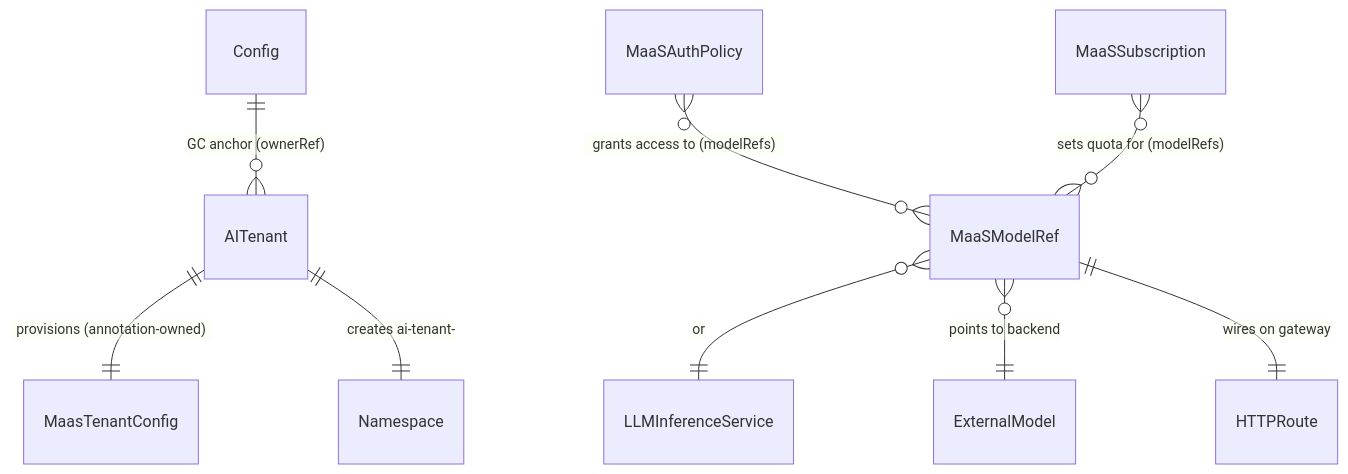
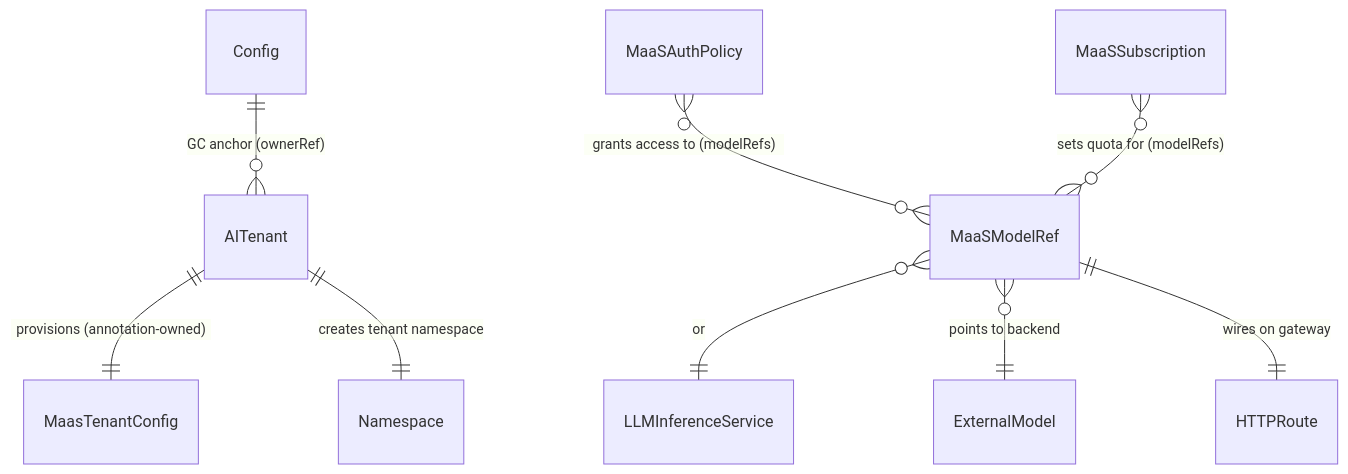
One commit to chaitanya1731/guides changed the fifth of 12 diagrams in models-as-a-service/README.md. Above: the diagram before and after it, drawn with Mermaid. The commit also changed other lines of this file and 7 other files, not shown here.

First line of the commit message:
ci: auto-build to gh-pages, light theme, fix mermaid diagrams

````diff
--- a/models-as-a-service/README.md
+++ b/models-as-a-service/README.md
@@ -348,11 +348,11 @@
 ```mermaid
 erDiagram
     Config ||--o{ AITenant : "GC anchor (ownerRef)"
     AITenant ||--|| MaasTenantConfig : "provisions (annotation-owned)"
-    AITenant ||--|| Namespace : "creates ai-tenant-<name>"
+    AITenant ||--|| Namespace : "creates tenant namespace"
     MaaSModelRef }o--|| LLMInferenceService : "or"
     MaaSModelRef }o--|| ExternalModel : "points to backend"
     MaaSAuthPolicy }o--o{ MaaSModelRef : "grants access to (modelRefs)"
     MaaSSubscription }o--o{ MaaSModelRef : "sets quota for (modelRefs)"
     MaaSModelRef ||--|| HTTPRoute : "wires on gateway"
 ```
````
